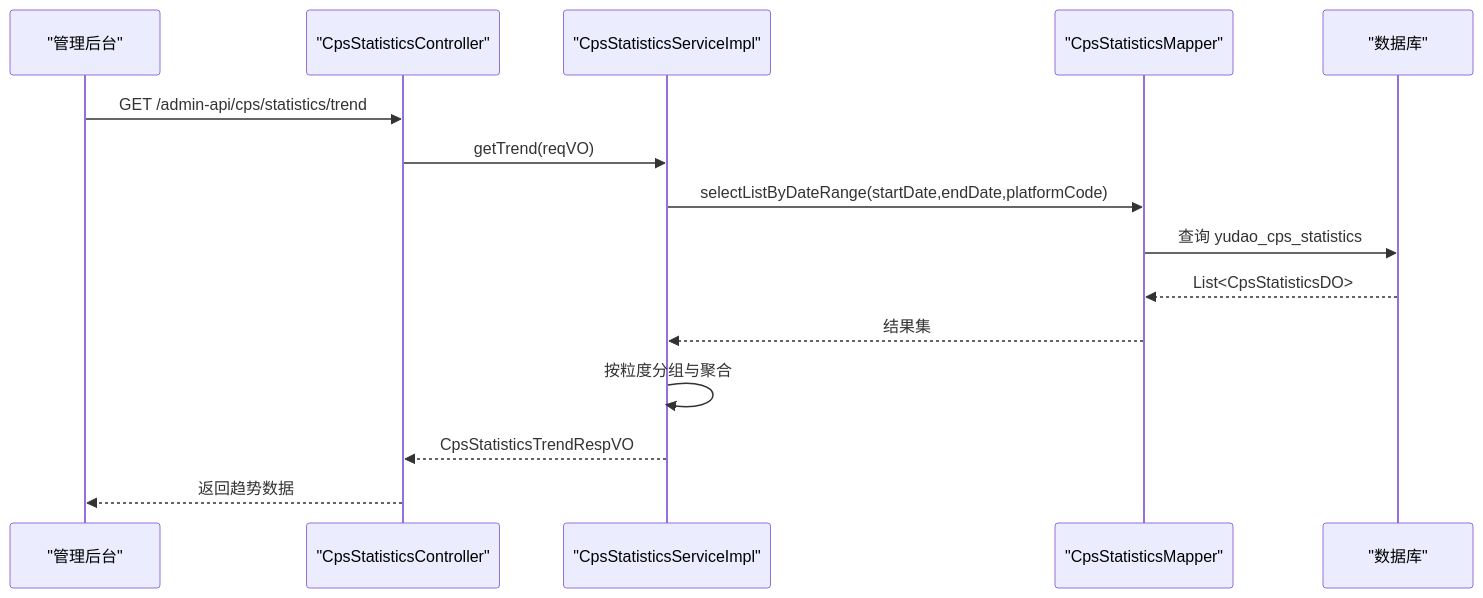
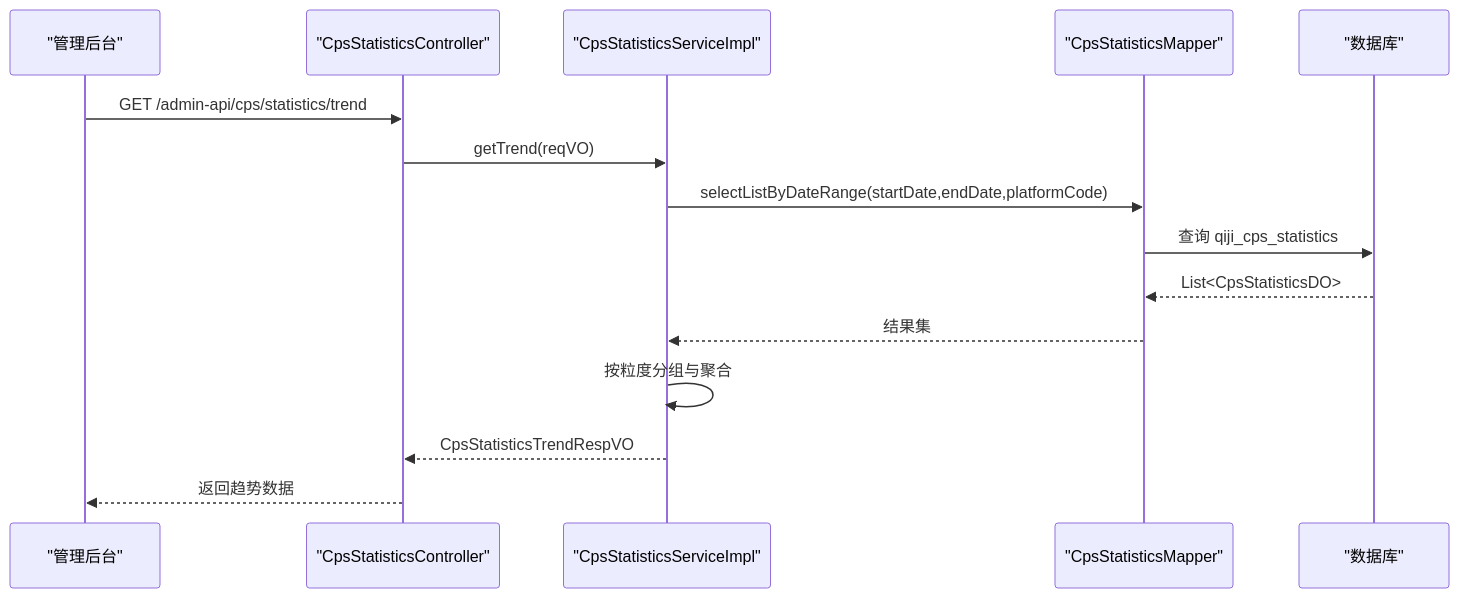
The fourth of 8 diagrams in backend/.qoder/repowiki/zh/content/核心业务模块/商城系统模块/统计分析模块/运营统计分析.md (zhuangpengLI/AgenticCPS), drawn with Mermaid before and after one commit. The commit also changed other lines of this file and 3489 other files, not shown here.

````diff
--- a/backend/.qoder/repowiki/zh/content/核心业务模块/商城系统模块/统计分析模块/运营统计分析.md
+++ b/backend/.qoder/repowiki/zh/content/核心业务模块/商城系统模块/统计分析模块/运营统计分析.md
@@ -160,17 +160,17 @@
 ```mermaid
 sequenceDiagram
 participant Admin as "管理后台"
 participant Ctrl as "CpsStatisticsController"
 participant Svc as "CpsStatisticsServiceImpl"
 participant Mapper as "CpsStatisticsMapper"
 participant DB as "数据库"
 Admin->>Ctrl : GET /admin-api/cps/statistics/trend
 Ctrl->>Svc : getTrend(reqVO)
 Svc->>Mapper : selectListByDateRange(startDate,endDate,platformCode)
-Mapper->>DB : 查询 yudao_cps_statistics
+Mapper->>DB : 查询 qiji_cps_statistics
 DB-->>Mapper : List<CpsStatisticsDO>
 Mapper-->>Svc : 结果集
 Svc->>Svc : 按粒度分组与聚合
 Svc-->>Ctrl : CpsStatisticsTrendRespVO
 Ctrl-->>Admin : 返回趋势数据
 ```
````
